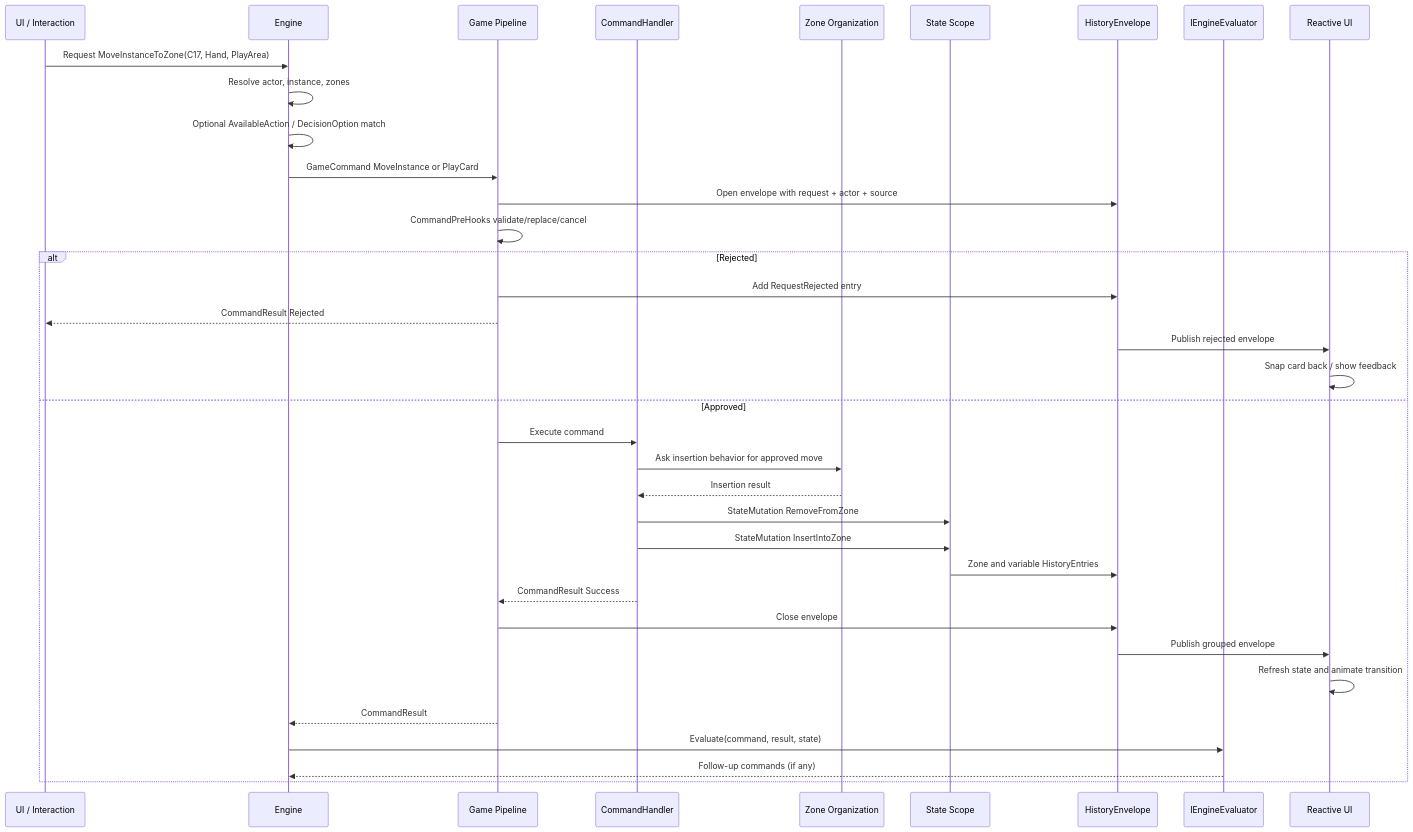
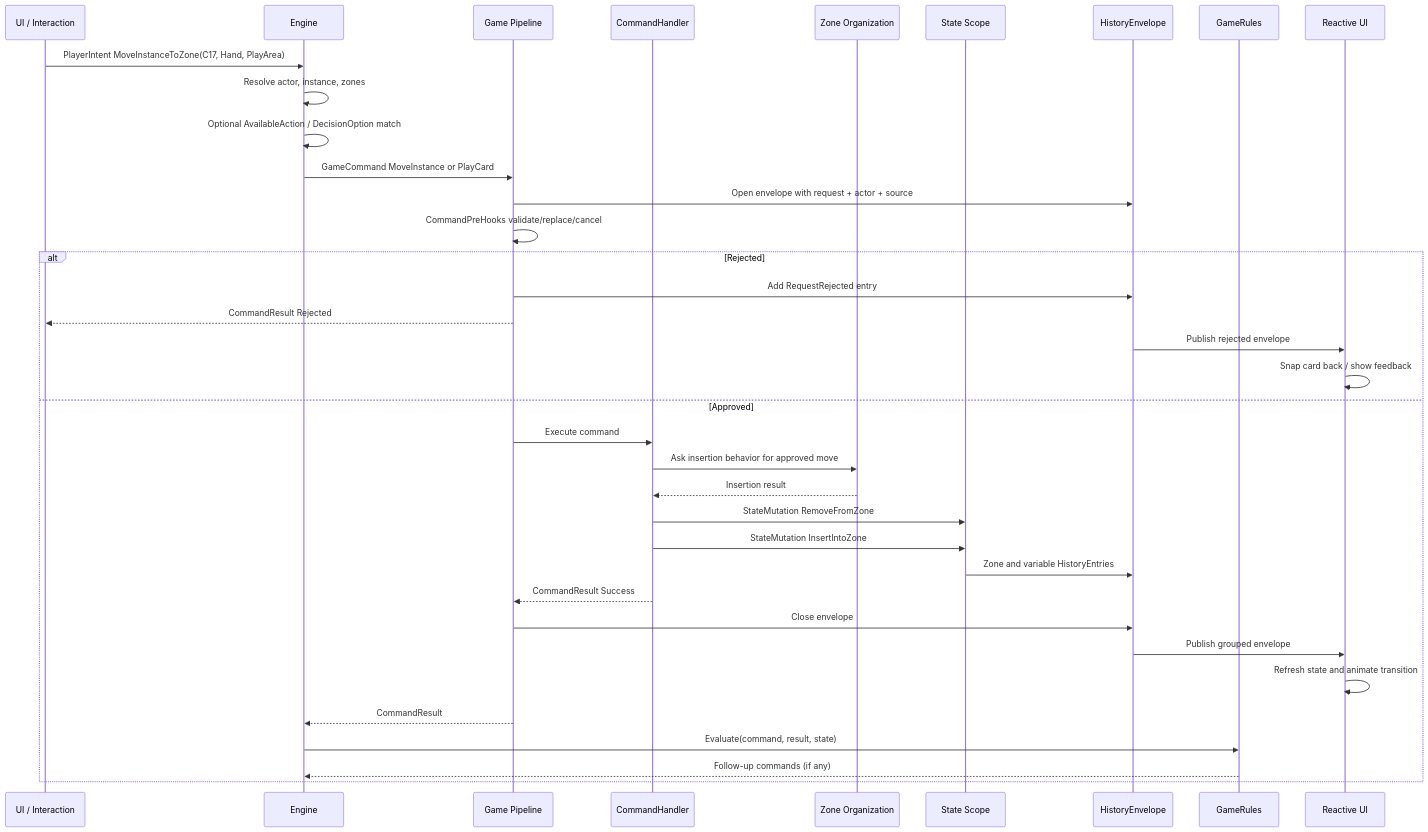
The third of 3 diagrams in RESEARCH/17-action-definition-proposal.md (MgCohen/Card-Framework), drawn with Mermaid before and after one commit. The commit also changed other lines of this file and 10 other files, not shown here.

````diff
--- a/RESEARCH/17-action-definition-proposal.md
+++ b/RESEARCH/17-action-definition-proposal.md
@@ -518,39 +518,39 @@
 ```mermaid
 sequenceDiagram
   participant UI as UI / Interaction
   participant Engine as Engine
   participant Pipe as Game Pipeline
   participant Handler as CommandHandler
   participant Zone as Zone Organization
   participant State as State Scope
   participant Hist as HistoryEnvelope
-  participant Eval as IEngineEvaluator
+  participant Eval as GameRules
   participant View as Reactive UI
 
-  UI->>Engine: Request MoveInstanceToZone(C17, Hand, PlayArea)
+  UI->>Engine: PlayerIntent MoveInstanceToZone(C17, Hand, PlayArea)
   Engine->>Engine: Resolve actor, instance, zones
   Engine->>Engine: Optional AvailableAction / DecisionOption match
   Engine->>Pipe: GameCommand MoveInstance or PlayCard
   Pipe->>Hist: Open envelope with request + actor + source
   Pipe->>Pipe: CommandPreHooks validate/replace/cancel
   alt Rejected
     Pipe->>Hist: Add RequestRejected entry
     Pipe-->>UI: CommandResult Rejected
     Hist->>View: Publish rejected envelope
     View->>View: Snap card back / show feedback
   else Approved
     Pipe->>Handler: Execute command
     Handler->>Zone: Ask insertion behavior for approved move
     Zone-->>Handler: Insertion result
     Handler->>State: StateMutation RemoveFromZone
     Handler->>State: StateMutation InsertIntoZone
     State->>Hist: Zone and variable HistoryEntries
     Handler-->>Pipe: CommandResult Success
     Pipe->>Hist: Close envelope
     Hist->>View: Publish grouped envelope
     View->>View: Refresh state and animate transition
     Pipe-->>Engine: CommandResult
     Engine->>Eval: Evaluate(command, result, state)
     Eval-->>Engine: Follow-up commands (if any)
   end
 ```
````
